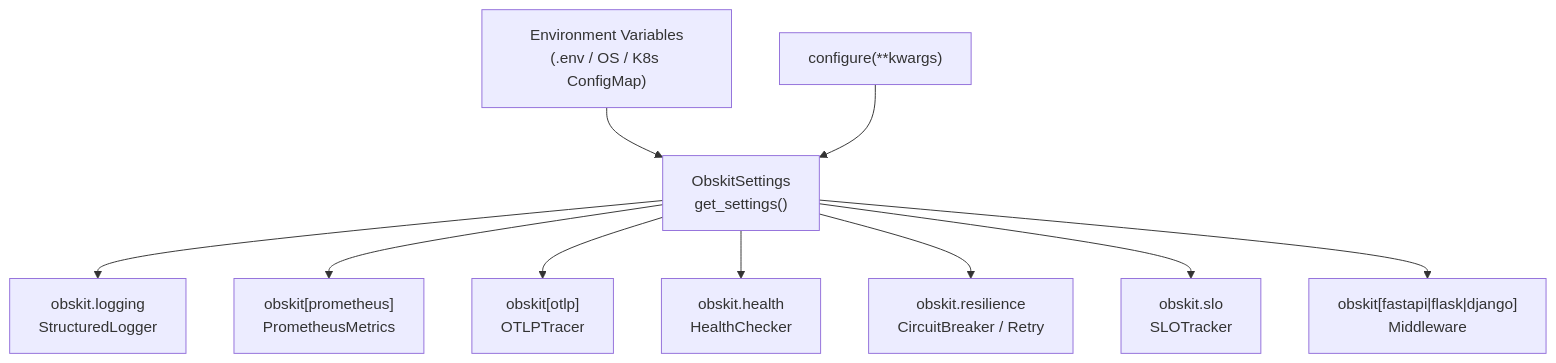
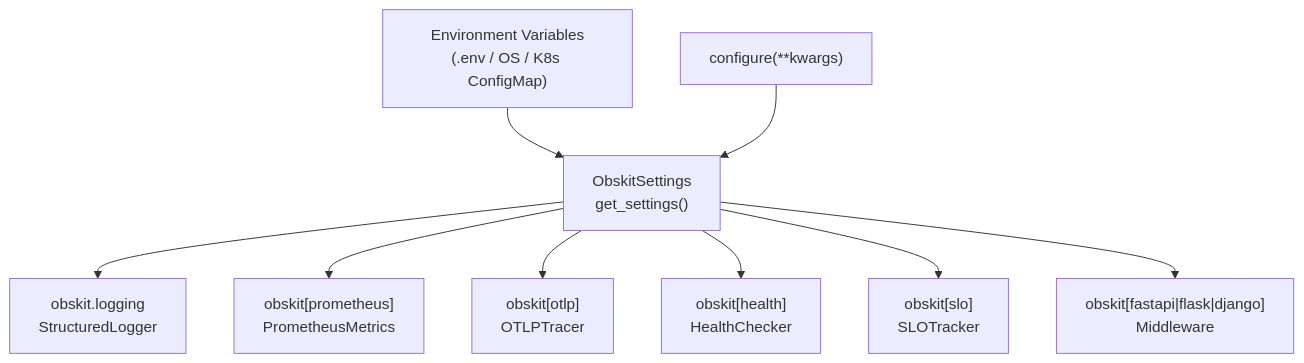
The diagram in docs/tech-docs/configuration.md (talaatmagdyx/obskit), drawn with Mermaid before and after one commit. The commit also changed other lines of this file and 350 other files, not shown here.

````diff
--- a/docs/tech-docs/configuration.md
+++ b/docs/tech-docs/configuration.md
@@ -438,12 +401,11 @@
 ```mermaid
 flowchart TD
     ENV["Environment Variables\n(.env / OS / K8s ConfigMap)"] --> OBS["ObskitSettings\nget_settings()"]
     CFG["configure(**kwargs)"] --> OBS
     OBS --> LOG["obskit.logging\nStructuredLogger"]
     OBS --> MET["obskit[prometheus]\nPrometheusMetrics"]
     OBS --> TRC["obskit[otlp]\nOTLPTracer"]
-    OBS --> HLT["obskit.health\nHealthChecker"]
-    OBS --> RES["obskit.resilience\nCircuitBreaker / Retry"]
-    OBS --> SLO["obskit.slo\nSLOTracker"]
+    OBS --> HLT["obskit[health]\nHealthChecker"]
+    OBS --> SLO["obskit[slo]\nSLOTracker"]
     OBS --> MW["obskit[fastapi|flask|django]\nMiddleware"]
 ```
````
